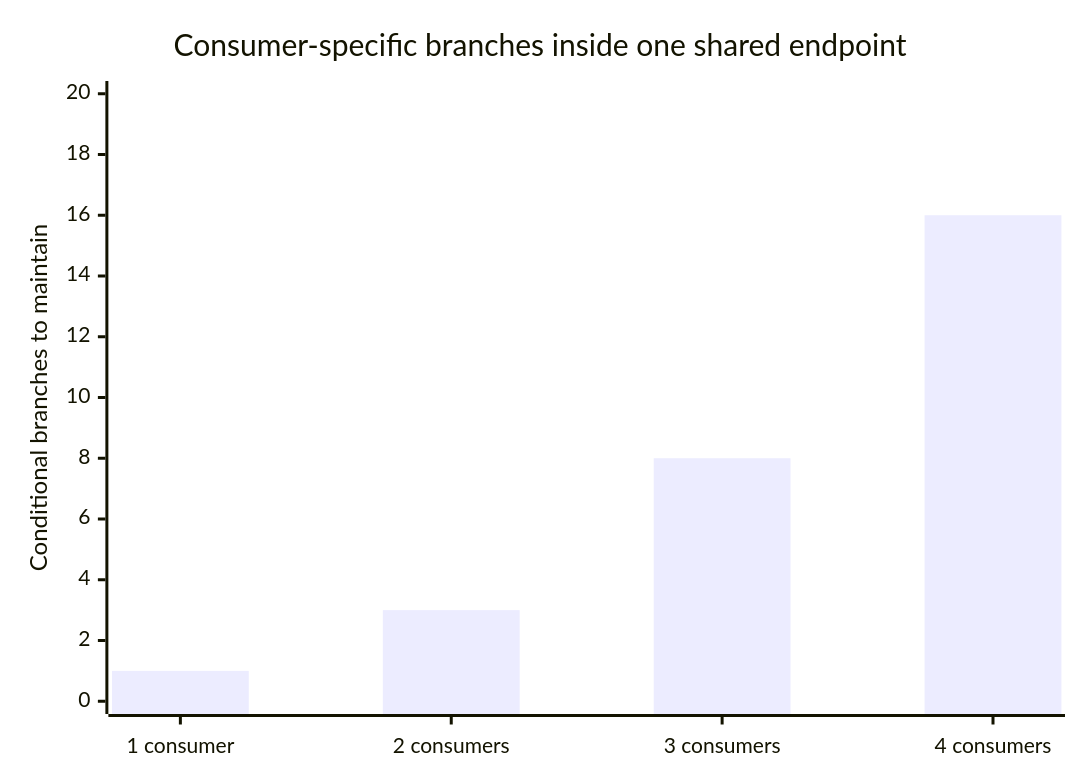
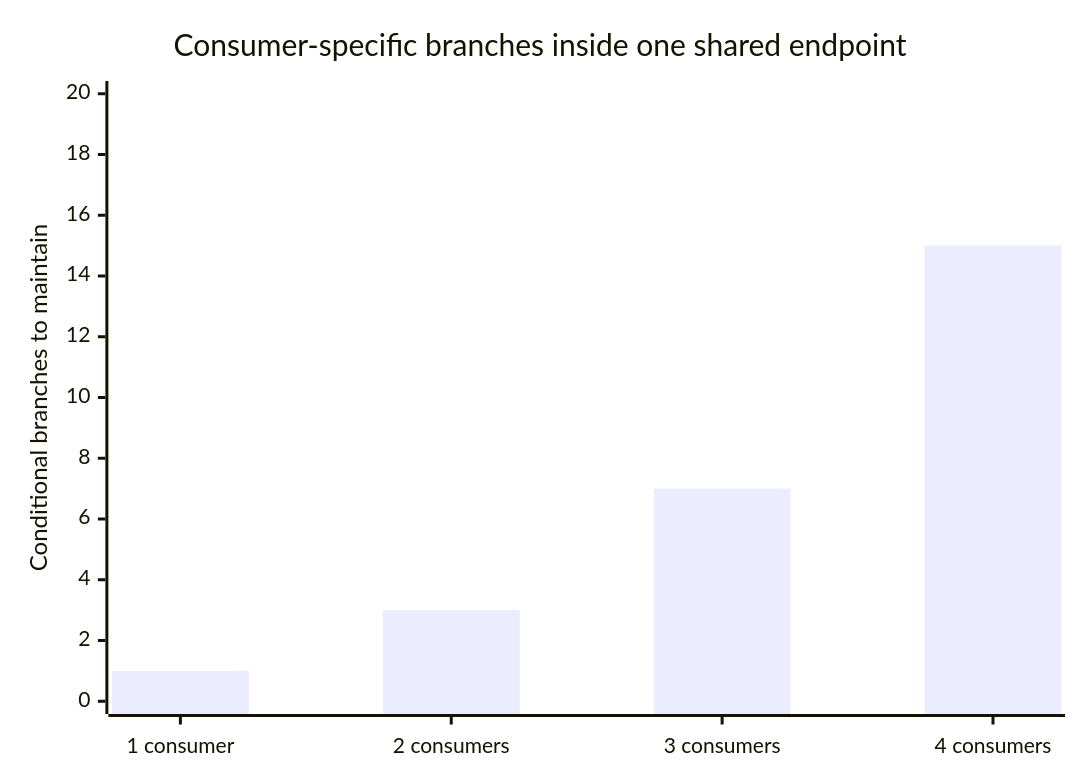
The first of 2 diagrams in src/content/web/service-boundaries/L2-concept.mdx (francoandreDev/knowledge), drawn with Mermaid before and after one commit. The commit also changed 76 other files, not shown here.

````diff
--- a/src/content/web/service-boundaries/L2-concept.mdx
+++ b/src/content/web/service-boundaries/L2-concept.mdx
@@ -56,7 +56,7 @@
 ```mermaid
 xychart-beta
   title "Consumer-specific branches inside one shared endpoint"
   x-axis ["1 consumer", "2 consumers", "3 consumers", "4 consumers"]
   y-axis "Conditional branches to maintain" 0 --> 20
-  bar [1, 3, 8, 16]
+  bar [1, 3, 7, 15]
 ```
````
